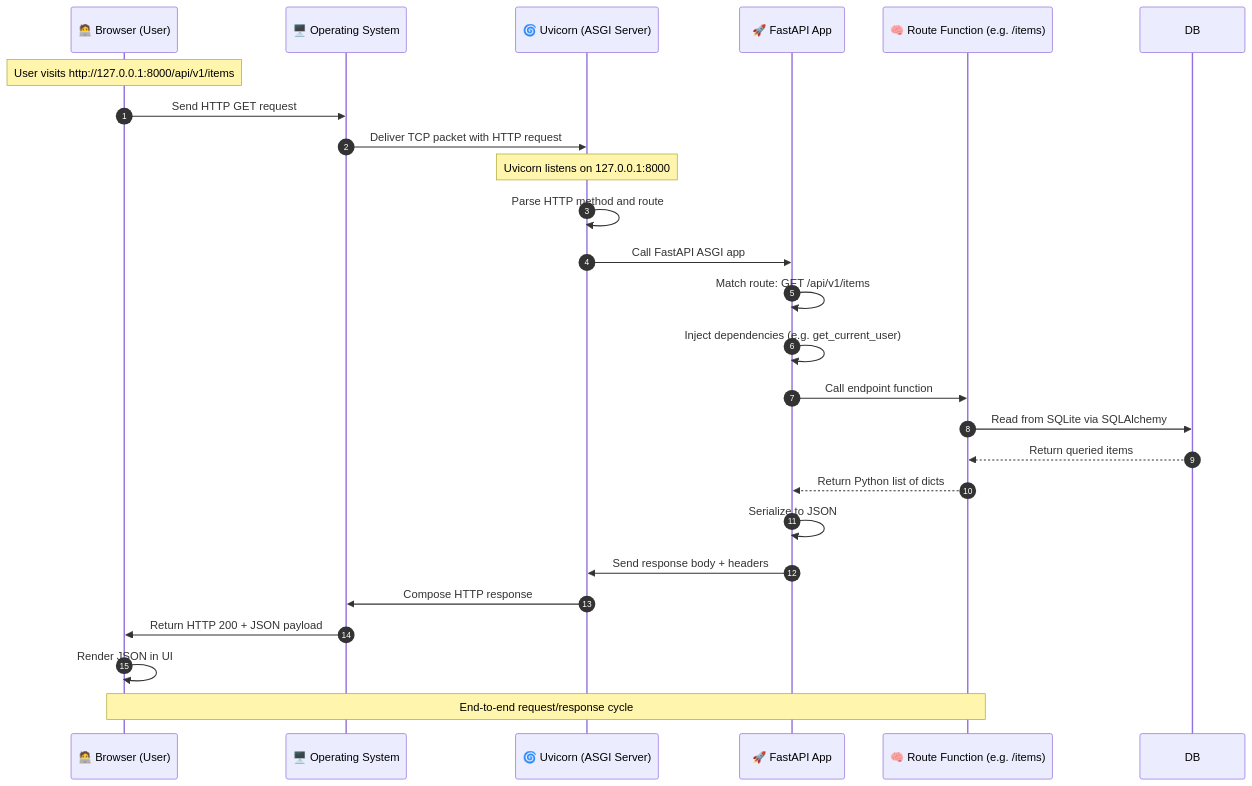
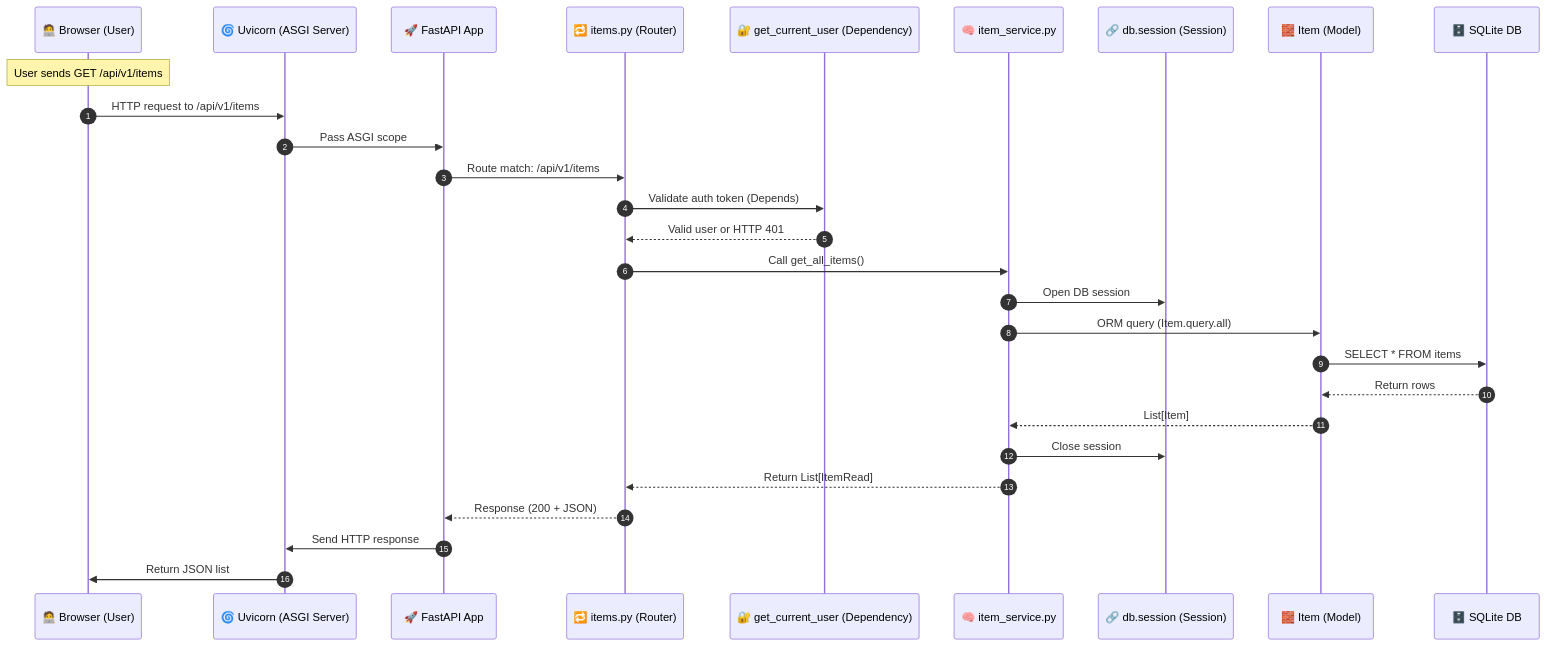
Before and after one commit to berserkhmdvhb/fastapi-template-dev: the second of 2 diagrams in README.md, drawn with Mermaid.

````diff
--- a/README.md
+++ b/README.md
@@ -71,37 +71,36 @@
 ```mermaid
 sequenceDiagram
     autonumber
-    participant Browser as 🧑‍💻 Browser (User)
-    participant OS as 🖥️ Operating System
+    participant Client as 🧑‍💻 Browser (User)
     participant Uvicorn as 🌀 Uvicorn (ASGI Server)
     participant FastAPI as 🚀 FastAPI App
-    participant App as 🧠 Route Function (e.g. /items)
+    participant Router as 🔁 items.py (Router)
+    participant Auth as 🔐 get_current_user (Dependency)
+    participant Service as 🧠 item_service.py
+    participant Session as 🔗 db.session (Session)
+    participant Model as 🧱 Item (Model)
+    participant SQLite as 🗄️ SQLite DB
 
-    Note over Browser: User visits http://127.0.0.1:8000/api/v1/items
+    Note over Client: User sends GET /api/v1/items
 
-    Browser->>OS: Send HTTP GET request
-    OS->>Uvicorn: Deliver TCP packet with HTTP request
+    Client->>Uvicorn: HTTP request to /api/v1/items
+    Uvicorn->>FastAPI: Pass ASGI scope
 
-    Note over Uvicorn: Uvicorn listens on 127.0.0.1:8000
-    Uvicorn->>Uvicorn: Parse HTTP method and route
-    Uvicorn->>FastAPI: Call FastAPI ASGI app
+    FastAPI->>Router: Route match: /api/v1/items
+    Router->>Auth: Validate auth token (Depends)
+    Auth-->>Router: Valid user or HTTP 401
 
-    FastAPI->>FastAPI: Match route: GET /api/v1/items
-    FastAPI->>FastAPI: Inject dependencies (e.g. get_current_user)
-    FastAPI->>App: Call endpoint function
+    Router->>Service: Call get_all_items()
+    Service->>Session: Open DB session
+    Service->>Model: ORM query (Item.query.all)
+    Model->>SQLite: SELECT * FROM items
+    SQLite-->>Model: Return rows
+    Model-->>Service: List[Item]
 
-    App->>DB: Read from SQLite via SQLAlchemy
-    DB-->>App: Return queried items
+    Service->>Session: Close session
+    Service-->>Router: Return List[ItemRead]
+    Router-->>FastAPI: Response (200 + JSON)
 
-    App-->>FastAPI: Return Python list of dicts
-
-    FastAPI->>FastAPI: Serialize to JSON
-    FastAPI->>Uvicorn: Send response body + headers
-
-    Uvicorn->>OS: Compose HTTP response
-    OS->>Browser: Return HTTP 200 + JSON payload
-
-    Browser->>Browser: Render JSON in UI
-
-    Note over Browser,App: End-to-end request/response cycle
+    FastAPI->>Uvicorn: Send HTTP response
+    Uvicorn->>Client: Return JSON list
 ```
````
